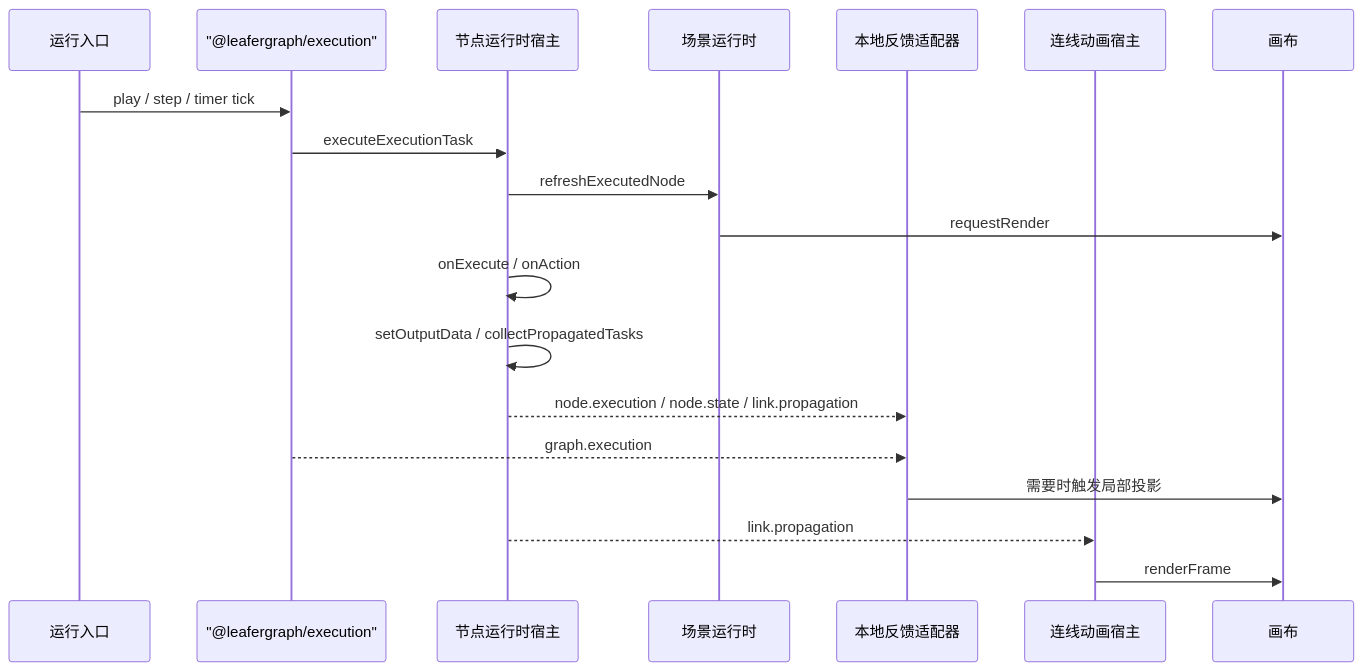
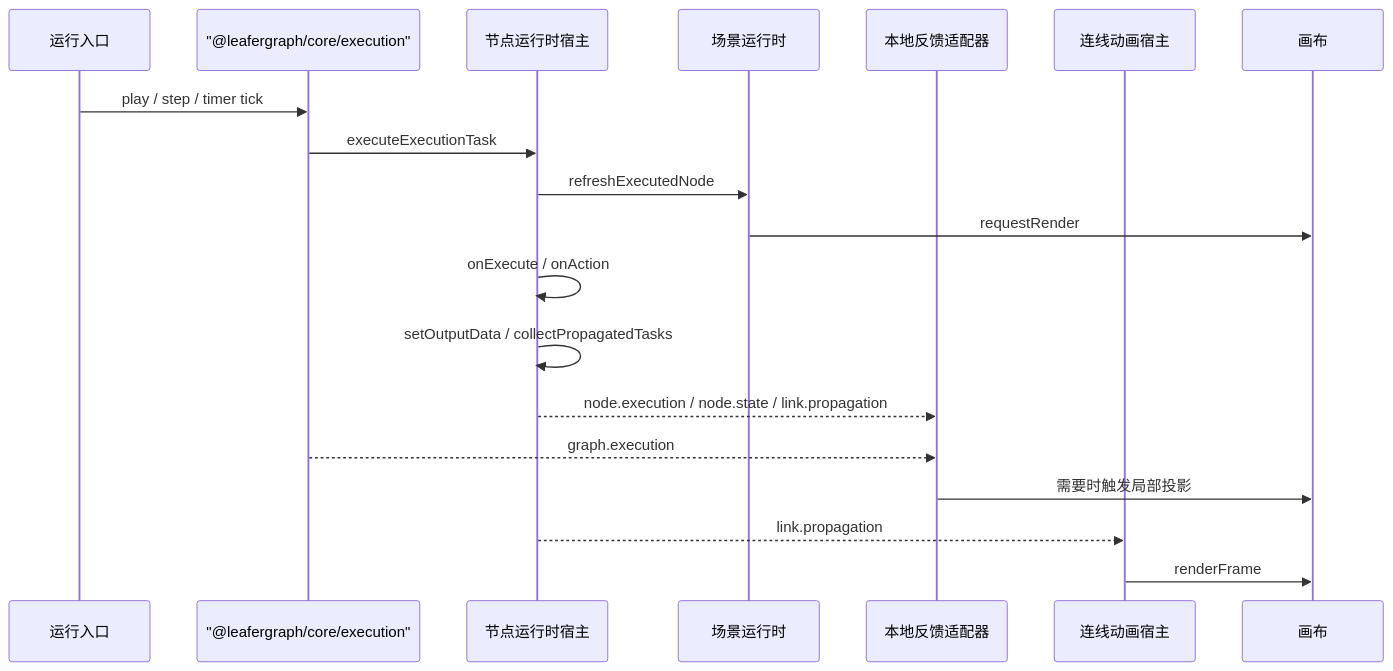
The diagram in packages/leafergraph/渲染刷新策略.md (izumkineno/leafergraph), drawn with Mermaid before and after one commit. The commit also changed other lines of this file and 8 other files, not shown here.

````diff
--- a/packages/leafergraph/渲染刷新策略.md
+++ b/packages/leafergraph/渲染刷新策略.md
@@ -201,22 +201,22 @@
 ```mermaid
 sequenceDiagram
     participant Trigger as 运行入口
-    participant GraphExec as "@leafergraph/execution"
+    participant GraphExec as "@leafergraph/core/execution"
     participant NodeExec as 节点运行时宿主
     participant Scene as 场景运行时
     participant Adapter as 本地反馈适配器
     participant FlowFx as 连线动画宿主
     participant Canvas as 画布
 
     Trigger->>GraphExec: play / step / timer tick
     GraphExec->>NodeExec: executeExecutionTask
     NodeExec->>Scene: refreshExecutedNode
     Scene->>Canvas: requestRender
     NodeExec->>NodeExec: onExecute / onAction
     NodeExec->>NodeExec: setOutputData / collectPropagatedTasks
     NodeExec-->>Adapter: node.execution / node.state / link.propagation
     GraphExec-->>Adapter: graph.execution
     Adapter->>Canvas: 需要时触发局部投影
     NodeExec-->>FlowFx: link.propagation
     FlowFx->>Canvas: renderFrame
 ```
````
